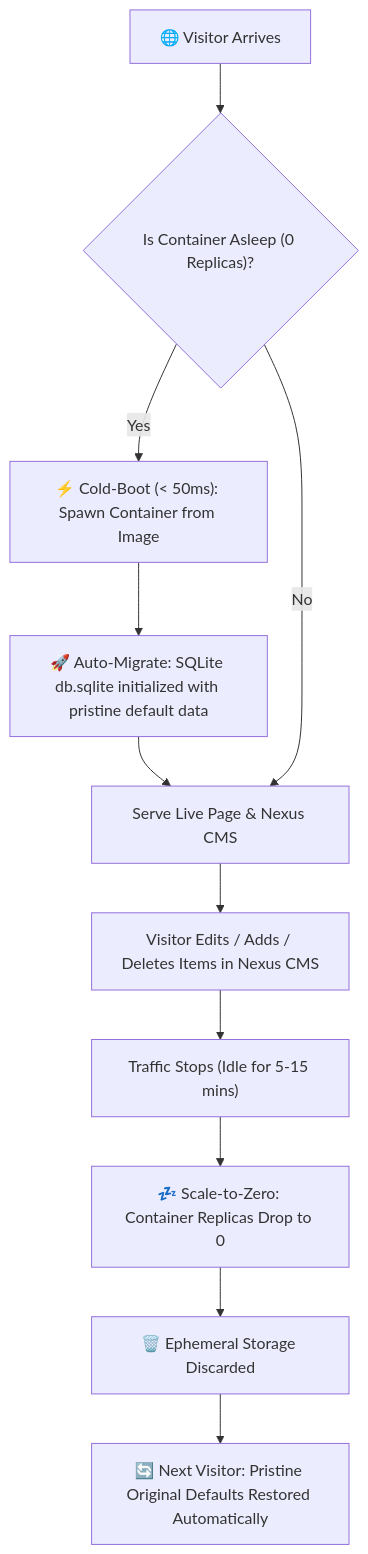
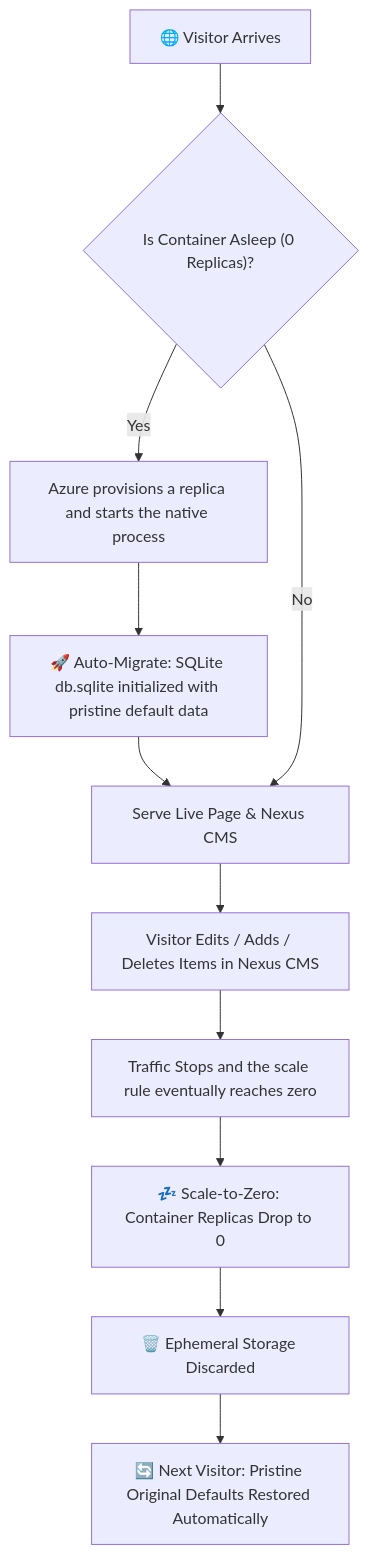
Before and after one commit to Rullst/examples: the diagram in docs/BLUEPRINT_PORTFOLIO.md, drawn with Mermaid. The commit also changed other lines of this file and 11 other files, not shown here.

````diff
--- a/docs/BLUEPRINT_PORTFOLIO.md
+++ b/docs/BLUEPRINT_PORTFOLIO.md
@@ -68,13 +68,13 @@
 ```mermaid
 graph TD
     A["🌐 Visitor Arrives"] --> B{"Is Container Asleep (0 Replicas)?"}
-    B -- Yes --> C["⚡ Cold-Boot (< 50ms): Spawn Container from Image"]
+    B -- Yes --> C["Azure provisions a replica and starts the native process"]
     C --> D["🚀 Auto-Migrate: SQLite db.sqlite initialized with pristine default data"]
     D --> E["Serve Live Page & Nexus CMS"]
     B -- No --> E
     E --> F["Visitor Edits / Adds / Deletes Items in Nexus CMS"]
-    F --> G["Traffic Stops (Idle for 5-15 mins)"]
+    F --> G["Traffic Stops and the scale rule eventually reaches zero"]
     G --> H["💤 Scale-to-Zero: Container Replicas Drop to 0"]
     H --> I["🗑️ Ephemeral Storage Discarded"]
     I --> J["🔄 Next Visitor: Pristine Original Defaults Restored Automatically"]
 ```
````
